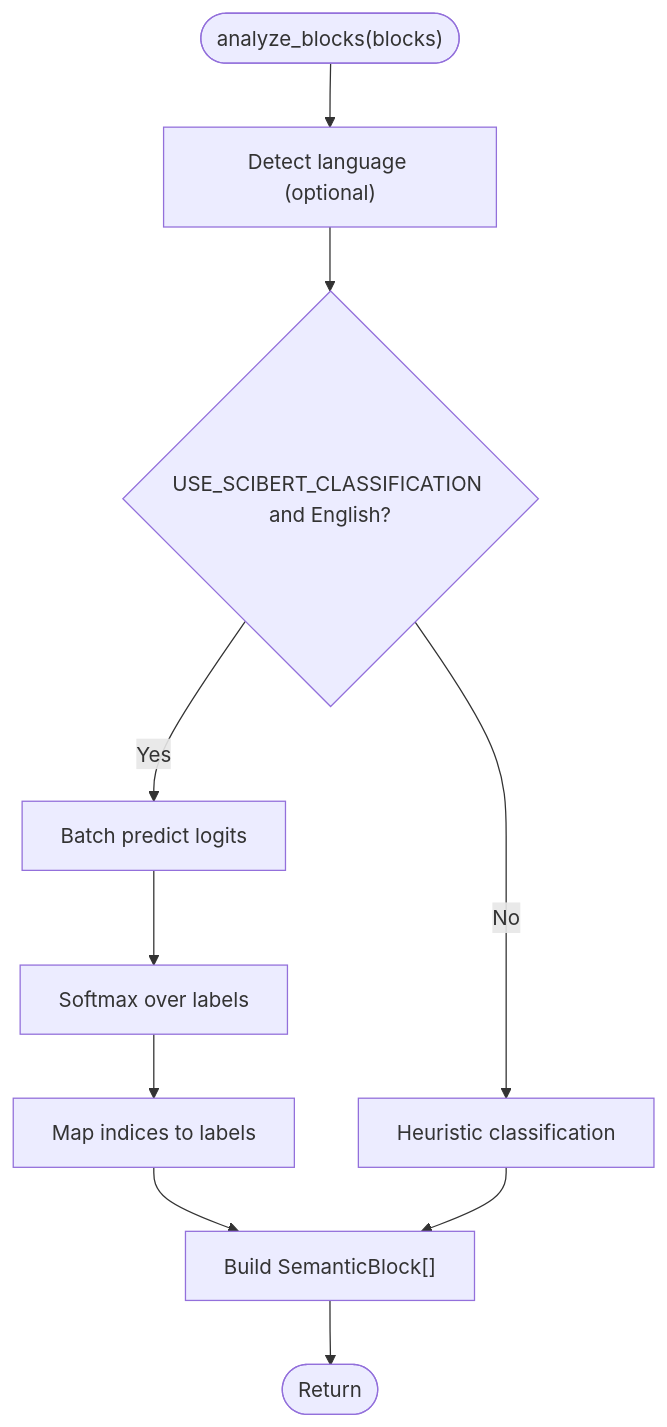
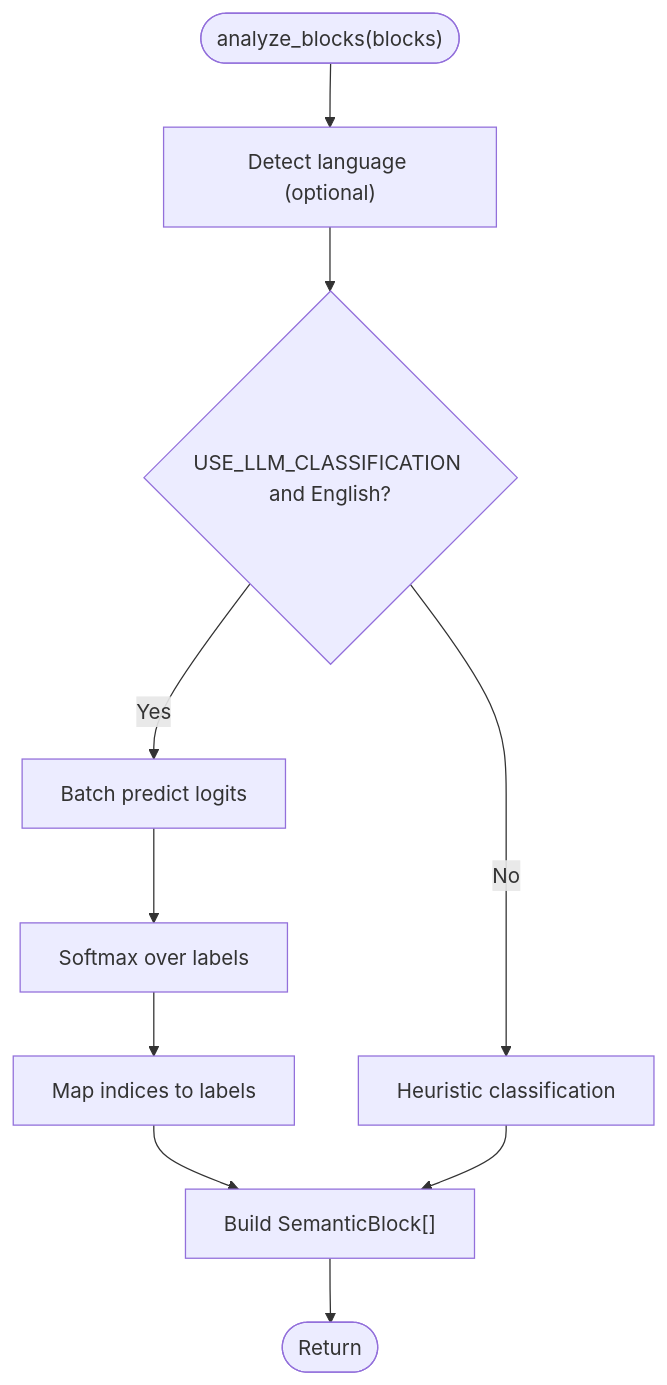
The fifth of 8 diagrams in .docs/content/Pipeline Processing/AI Analysis.md (rohitkumarnaidu/ScholarFormAI), drawn with Mermaid before and after one commit. The commit also changed other lines of this file and 3 other files, not shown here.

````diff
--- a/.docs/content/Pipeline Processing/AI Analysis.md
+++ b/.docs/content/Pipeline Processing/AI Analysis.md
@@ -240,12 +240,12 @@
 ```mermaid
 flowchart TD
 Start(["analyze_blocks(blocks)"]) --> DetectLang["Detect language (optional)"]
-DetectLang --> UseTransf{"USE_SCIBERT_CLASSIFICATION and English?"}
+DetectLang --> UseTransf{"USE_LLM_CLASSIFICATION and English?"}
 UseTransf --> |Yes| BatchPredict["Batch predict logits"]
 UseTransf --> |No| Heuristic["Heuristic classification"]
 BatchPredict --> Softmax["Softmax over labels"]
 Softmax --> MapLabels["Map indices to labels"]
 MapLabels --> BuildOut["Build SemanticBlock[]"]
 Heuristic --> BuildOut
 BuildOut --> End(["Return"])
 ```
````
